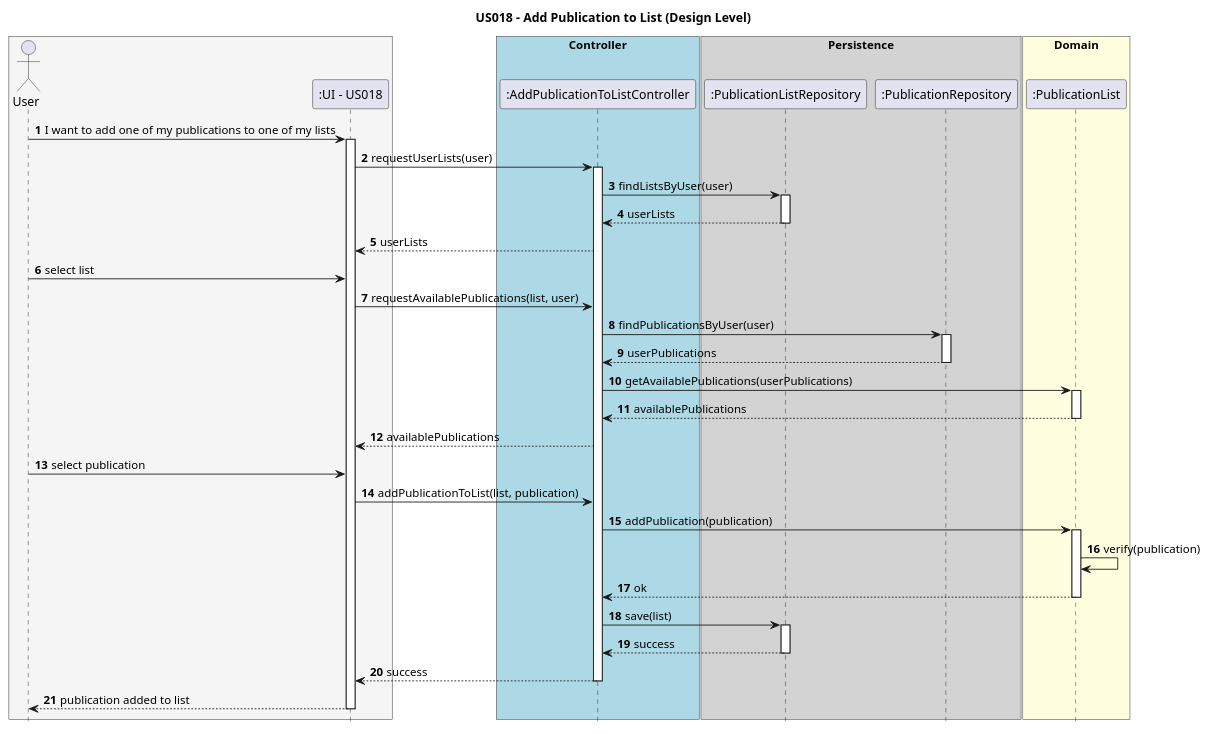
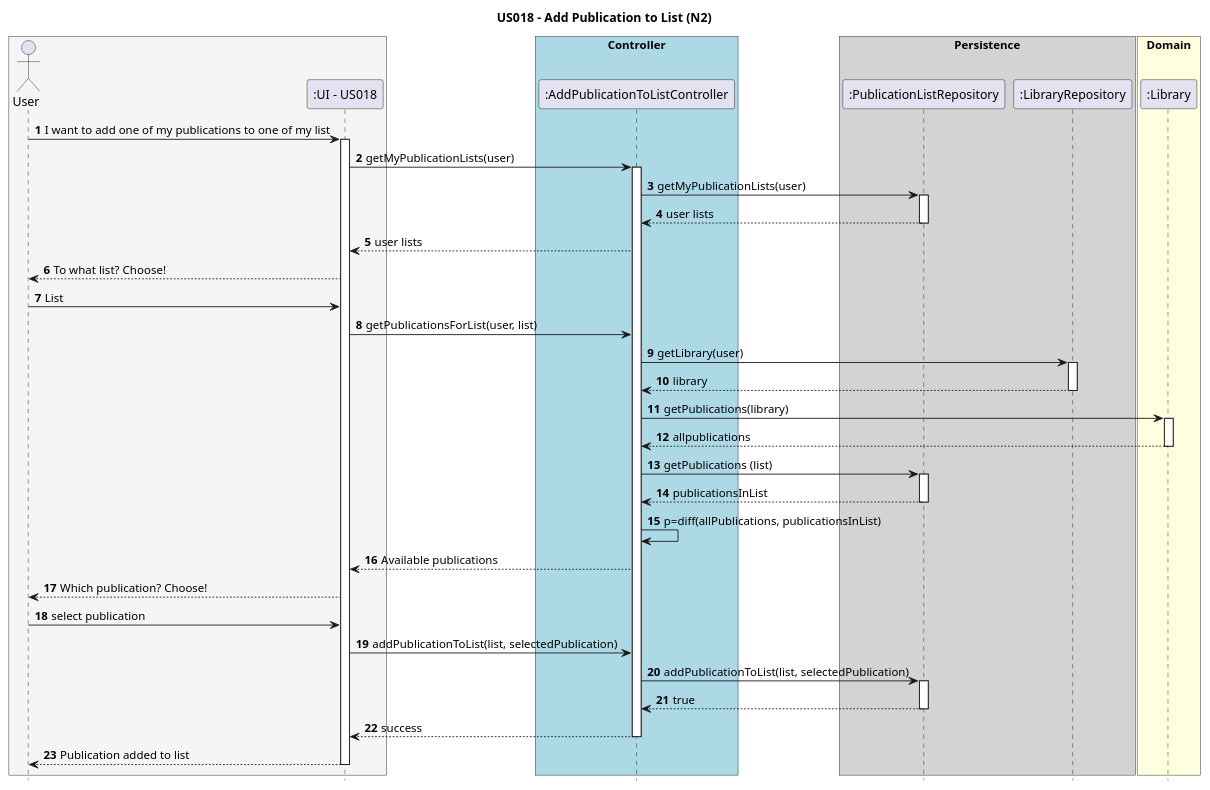
One commit to AndrePereiraGitH/SWitCH-Project-Team_A changed the diagram in Diagrams/SequenceDiagrams/N2/US018-to-add-publication-to-list.puml. Above: the diagram before and after it, drawn with PlantUML. The commit also changed 5 other files, not shown here.

Commit message:
#88 #89 and #92 #94: update SSD (N1), sequence (N2) and class diagrams

```diff
--- a/Diagrams/SequenceDiagrams/N2/US018-to-add-publication-to-list.puml
+++ b/Diagrams/SequenceDiagrams/N2/US018-to-add-publication-to-list.puml
@@ -1,75 +1,82 @@
 @startuml
 hide footbox
 autonumber
 
-title US018 – Add Publication to List (Design Level)
+title US018 - Add Publication to List (N2)
 
-box #WhiteSmoke
+box #whitesmoke
 actor "User" as User
 participant ":UI - US018" as UI
 end box
 
-box "Controller" #LightBlue
+box "Controller" #Lightblue
 participant ":AddPublicationToListController" as Controller
 end box
 
 box "Persistence" #LightGrey
-participant ":PublicationListRepository" as ListRepository
-participant ":PublicationRepository" as PubRepository
+participant ":PublicationListRepository" as PublicationListRepo
+participant ":LibraryRepository" as LibraryRepo
 end box
 
-box "Domain" #LightYellow
-participant ":PublicationList" as List
+box "Domain" #Lightyellow
+participant ":Library" as Library
 end box
 
-User -> UI : I want to add one of my publications to one of my lists
+User -> UI : I want to add one of my publications to one of my list
 activate UI
 
-UI -> Controller : requestUserLists(user)
+UI -> Controller : getMyPublicationLists(user)
 activate Controller
 
-Controller -> ListRepository : findListsByUser(user)
-activate ListRepository
-ListRepository --> Controller : userLists
-deactivate ListRepository
+Controller -> PublicationListRepo : getMyPublicationLists(user)
+activate PublicationListRepo
+PublicationListRepo --> Controller : user lists
+deactivate PublicationListRepo
 
-Controller --> UI : userLists
+Controller --> UI : user lists
 
-User -> UI : select list
+UI --> User : To what list? Choose!
 
-UI -> Controller : requestAvailablePublications(list, user)
+User -> UI : List
 
-Controller -> PubRepository : findPublicationsByUser(user)
-activate PubRepository
-PubRepository --> Controller : userPublications
-deactivate PubRepository
+UI -> Controller : getPublicationsForList(user, list)
 
-Controller -> List : getAvailablePublications(userPublications)
-activate List
-List --> Controller : availablePublications
-deactivate List
+Controller -> LibraryRepo : getLibrary(user)
+activate LibraryRepo
+LibraryRepo --> Controller : library
+deactivate LibraryRepo
 
-Controller --> UI : availablePublications
+Controller -> Library : getPublications(library)
+activate Library
+Library --> Controller : allpublications
+deactivate Library
+
+Controller -> PublicationListRepo : getPublications (list)
+activate PublicationListRepo
+
+PublicationListRepo --> Controller : publicationsInList
+deactivate PublicationListRepo
+
+Controller -> Controller : p=diff(allPublications, publicationsInList)
+
+Controller --> UI : Available publications
+
+UI --> User : Which publication? Choose!
 
 User -> UI : select publication
 
-UI -> Controller : addPublicationToList(list, publication)
+UI -> Controller : addPublicationToList(list, selectedPublication)
 
-Controller -> List : addPublication(publication)
-activate List
-List -> List : verify(publication)
-List --> Controller : ok
-deactivate List
+Controller -> PublicationListRepo :  addPublicationToList(list, selectedPublication)
+activate PublicationListRepo
 
-Controller -> ListRepository : save(list)
-activate ListRepository
-ListRepository --> Controller : success
-deactivate ListRepository
+PublicationListRepo --> Controller : true
+deactivate PublicationListRepo
 
 Controller --> UI : success
 deactivate Controller
 
-UI --> User : publication added to list
+UI --> User : Publication added to list
 deactivate UI
 
 @enduml
```
